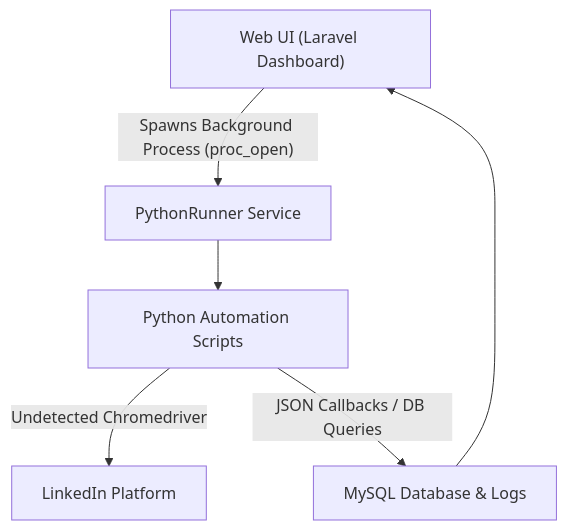
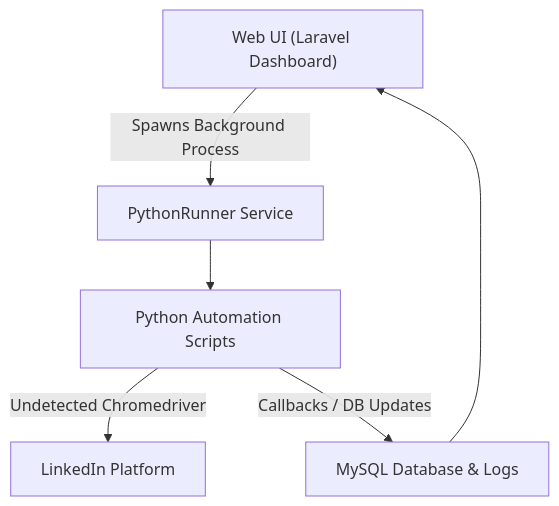
One commit to ibrahiimserry/linkedin-automation-portfolio changed the first of 2 diagrams in README.md. Above: the diagram before and after it, drawn with Mermaid. The commit also changed other lines of this file, not shown here.

Commit message:
Organize English and Arabic sections and simplify diagrams

````diff
--- a/README.md
+++ b/README.md
@@ -23,8 +15,8 @@
 ```mermaid
 graph TD
-    A["Web UI (Laravel Dashboard)"] -- "Spawns Background Process (proc_open)" --> B["PythonRunner Service"]
+    A["Web UI (Laravel Dashboard)"] -- "Spawns Background Process" --> B["PythonRunner Service"]
     B --> C["Python Automation Scripts"]
     C -- "Undetected Chromedriver" --> D["LinkedIn Platform"]
-    C -- "JSON Callbacks / DB Queries" --> E["MySQL Database & Logs"]
+    C -- "Callbacks / DB Updates" --> E["MySQL Database & Logs"]
     E --> A
 ```
````
